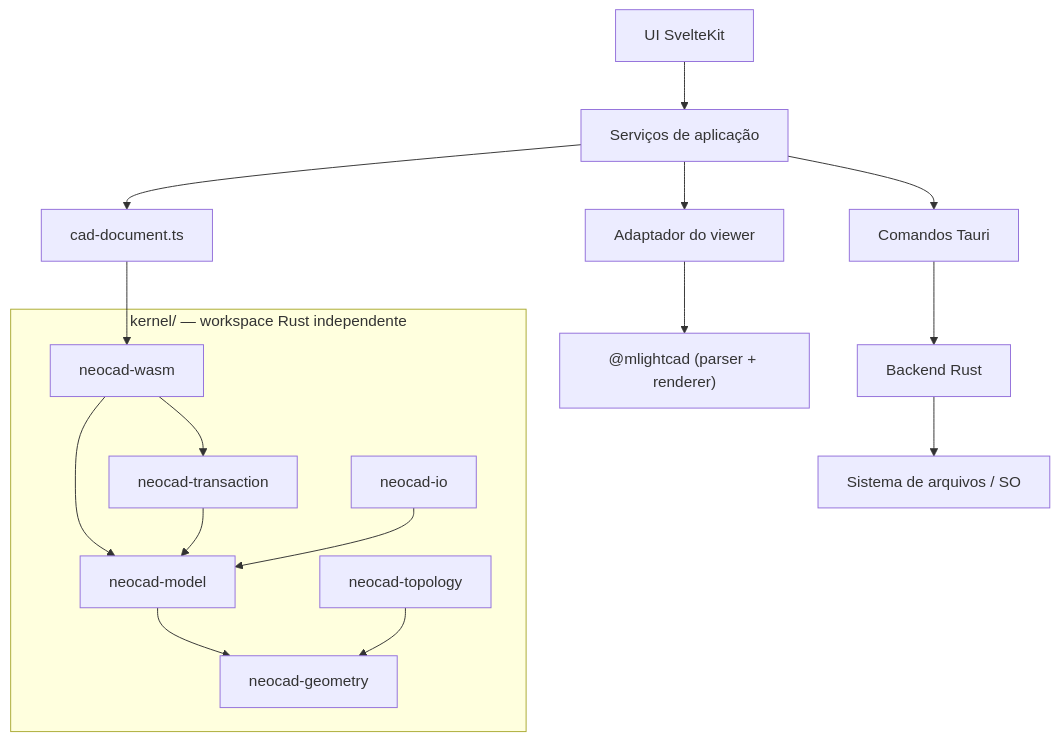
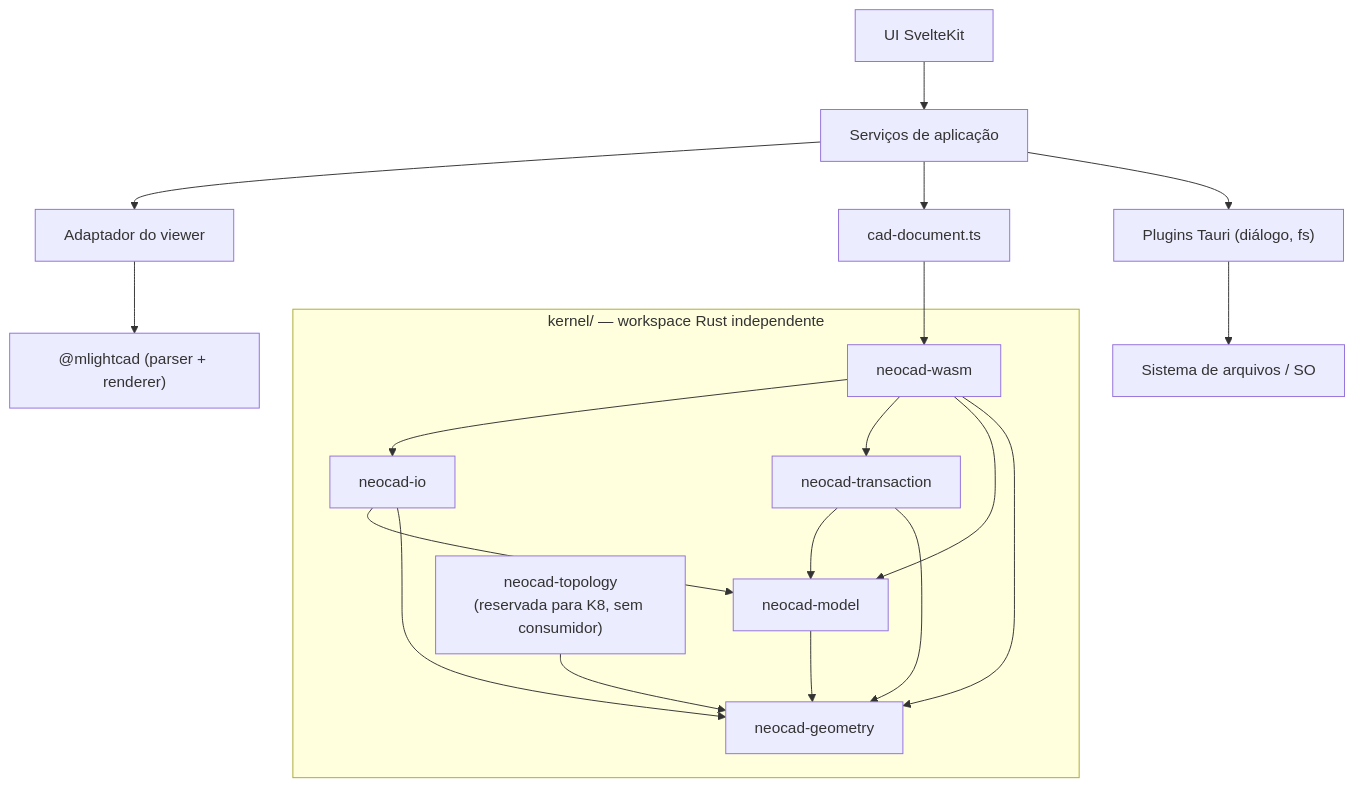
Before and after one commit to psiagoleal/neocad: the first of 2 diagrams in docs/architecture.md, drawn with Mermaid. The commit also changed other lines of this file and 21 other files, not shown here.

````diff
--- a/docs/architecture.md
+++ b/docs/architecture.md
@@ -84,22 +87,25 @@
 ```mermaid
 graph TD
   UI[UI SvelteKit] --> SVC[Serviços de aplicação]
   SVC --> ADP[Adaptador do viewer]
   SVC --> KDOC[cad-document.ts]
 
   ADP --> UP["@mlightcad (parser + renderer)"]
   KDOC --> WASM[neocad-wasm]
 
   subgraph KERNEL["kernel/ — workspace Rust independente"]
+    WASM --> IO[neocad-io]
+    WASM --> TX[neocad-transaction]
     WASM --> MODEL[neocad-model]
-    WASM --> TX[neocad-transaction]
+    WASM --> GEO[neocad-geometry]
+    IO --> MODEL
+    IO --> GEO
     TX --> MODEL
-    MODEL --> GEO[neocad-geometry]
-    TOPO[neocad-topology] --> GEO
-    IO[neocad-io] --> MODEL
+    TX --> GEO
+    MODEL --> GEO
+    TOPO["neocad-topology<br/>(reservada para K8, sem consumidor)"] --> GEO
   end
 
-  SVC --> TAURI[Comandos Tauri]
-  TAURI --> RUST[Backend Rust]
-  RUST --> FS[Sistema de arquivos / SO]
+  SVC --> TAURI["Plugins Tauri (diálogo, fs)"]
+  TAURI --> FS[Sistema de arquivos / SO]
 ```
````
